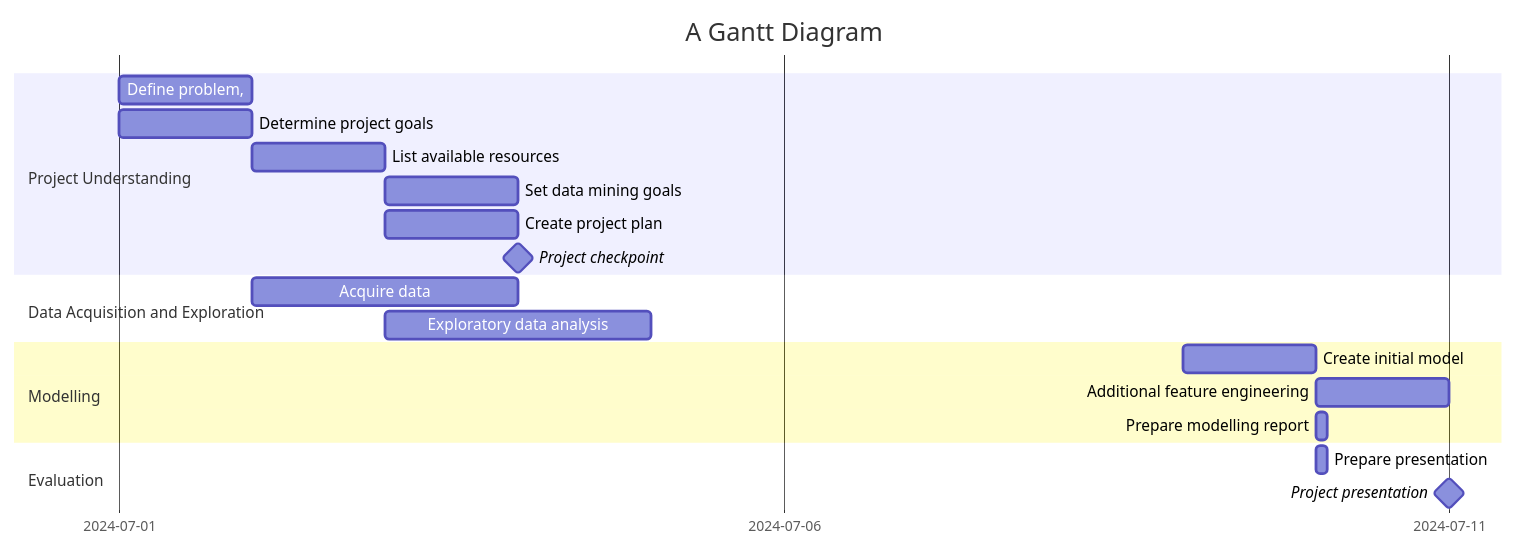
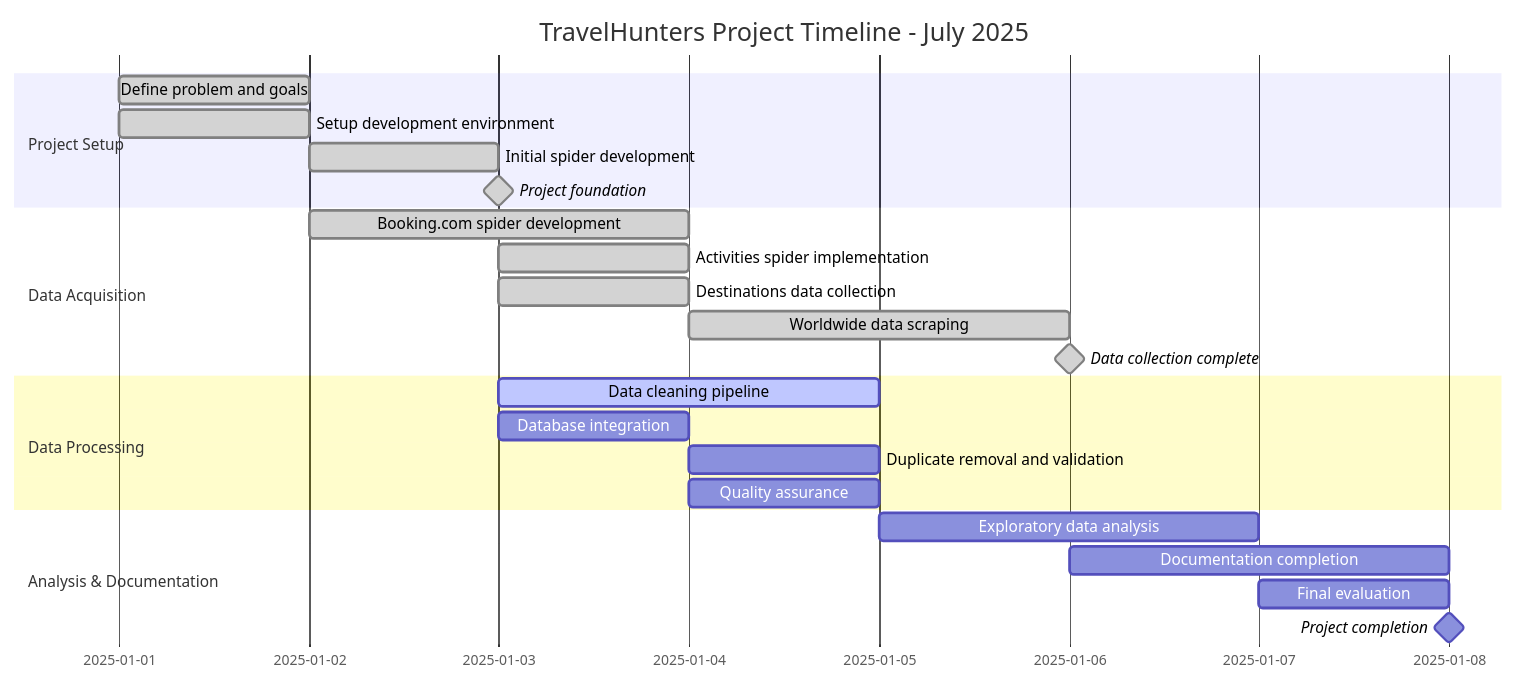
One commit to daai25/TravelHunters changed the diagram in docs/project_charta.qmd. Above: the diagram before and after it, drawn with Mermaid. The commit also changed other lines of this file and 13 other files, not shown here.

````diff
--- a/docs/project_charta.qmd
+++ b/docs/project_charta.qmd
@@ -42,24 +127,27 @@
 ```mermaid
 gantt
-    title A Gantt Diagram
-    dateFormat YYYY-MM-DD
-    tickInterval 5day
-    section Project Understanding
-        Define problem,     :a1, 2024-07-01, 1d
-        Determine project goals     :a2, 2024-07-01, 1d
-        List available resources     :a3, 2024-07-02, 1d
-        Set data mining goals    :a4, 2024-07-03, 1d
-        Create project plan    :a5, 2024-07-03, 1d
-        Project checkpoint: milestone, m1, 2024-07-04, 4m
-    section Data Acquisition and Exploration
-        Acquire data :a6, 2024-07-02, 2d
-        Exploratory data analysis   :a7, 2024-07-03, 2d
-        
-    section Modelling
-        Create initial model   :a8, 2024-07-09, 1d
-        Additional feature engineering :a9, 2024-07-10, 1d
-        Prepare modelling report :a10, 2024-07-10, 2h
-    section Evaluation
-        Prepare presentation :a10, 2024-07-10, 2h
-        Project presentation : milestone, m2, 2024-07-11, 4m
+    title TravelHunters Project Timeline - July 2025
+    dateFormat YYYY-07-DD
+    tickInterval 1day
+    section Project Setup
+        Define problem and goals     :done, a1, 2025-07-01, 1d
+        Setup development environment     :done, a2, 2025-07-01, 1d
+        Initial spider development     :done, a3, 2025-07-02, 1d
+        Project foundation: milestone, done, m1, 2025-07-03, 0d
+    section Data Acquisition
+        Booking.com spider development :done, a4, 2025-07-02, 2d
+        Activities spider implementation   :done, a5, 2025-07-03, 1d
+        Destinations data collection :done, a6, 2025-07-03, 1d
+        Worldwide data scraping :done, a7, 2025-07-04, 2d
+        Data collection complete: milestone, done, m2, 2025-07-06, 0d
+    section Data Processing
+        Data cleaning pipeline   :active, a8, 2025-07-03, 2d
+        Database integration :a9, 2025-07-03, 1d
+        Duplicate removal and validation :a10, 2025-07-04, 1d
+        Quality assurance :a11, 2025-07-04, 1d
+    section Analysis & Documentation
+        Exploratory data analysis :a12, 2025-07-05, 2d
+        Documentation completion :a13, 2025-07-06, 2d
+        Final evaluation :a14, 2025-07-07, 1d
+        Project completion : milestone, m3, 2025-07-08, 0d
 ```
````
